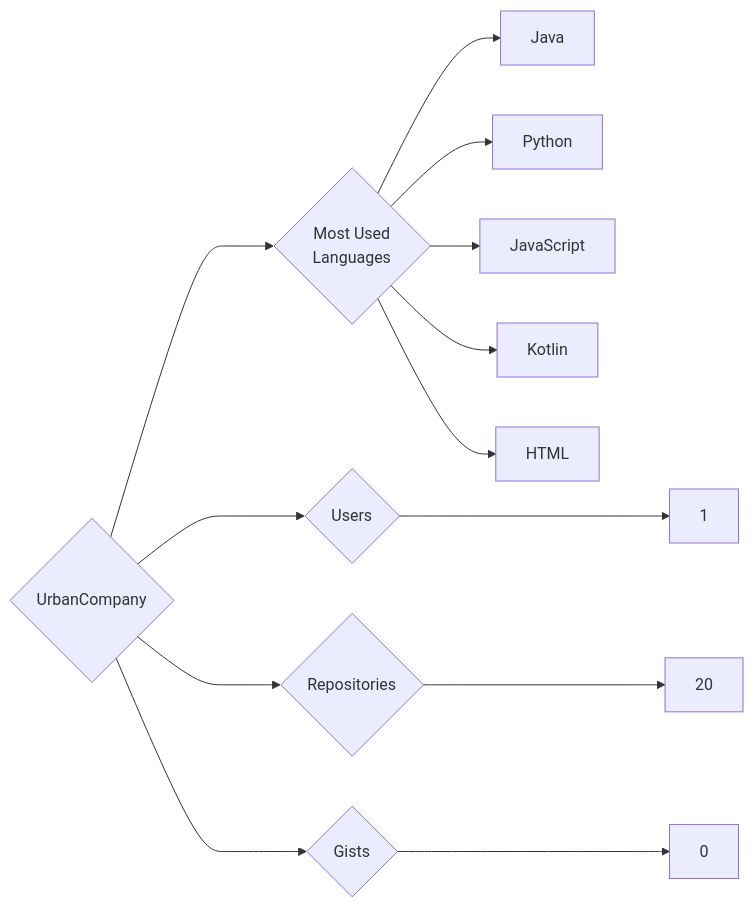
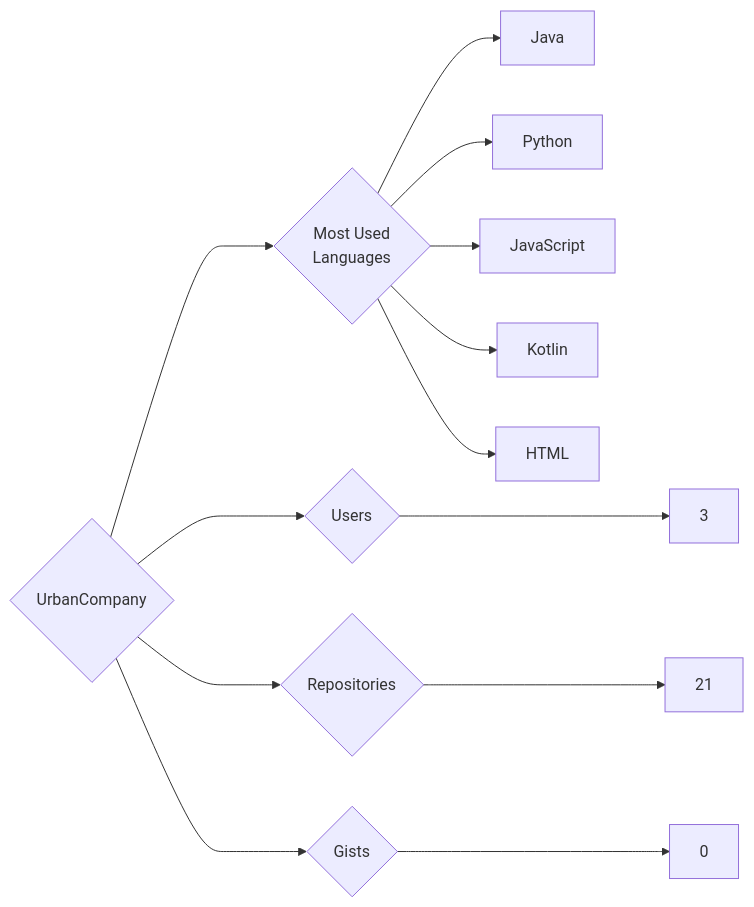
One commit to trickest/insiders changed the diagram in targets/UrbanCompany/README.md. Above: the diagram before and after it, drawn with Mermaid. The commit also changed 860 other files, not shown here.

````diff
--- a/targets/UrbanCompany/README.md
+++ b/targets/UrbanCompany/README.md
@@ -3,13 +3,13 @@
 ```mermaid
 graph LR
 COMPANY_NAME{UrbanCompany}
-COMPANY_NAME ---> U{Users} ---> UN[1]
-COMPANY_NAME ---> R{Repositories} ---> RN[20]
+COMPANY_NAME ---> U{Users} ---> UN[3]
+COMPANY_NAME ---> R{Repositories} ---> RN[21]
 COMPANY_NAME ---> G{Gists} ---> GN[0]
 COMPANY_NAME ---> ML{Most Used<br>Languages}
 ML --> Java[Java]
 ML --> Python[Python]
 ML --> JavaScript[JavaScript]
 ML --> Kotlin[Kotlin]
 ML --> HTML[HTML]
 ```
````
